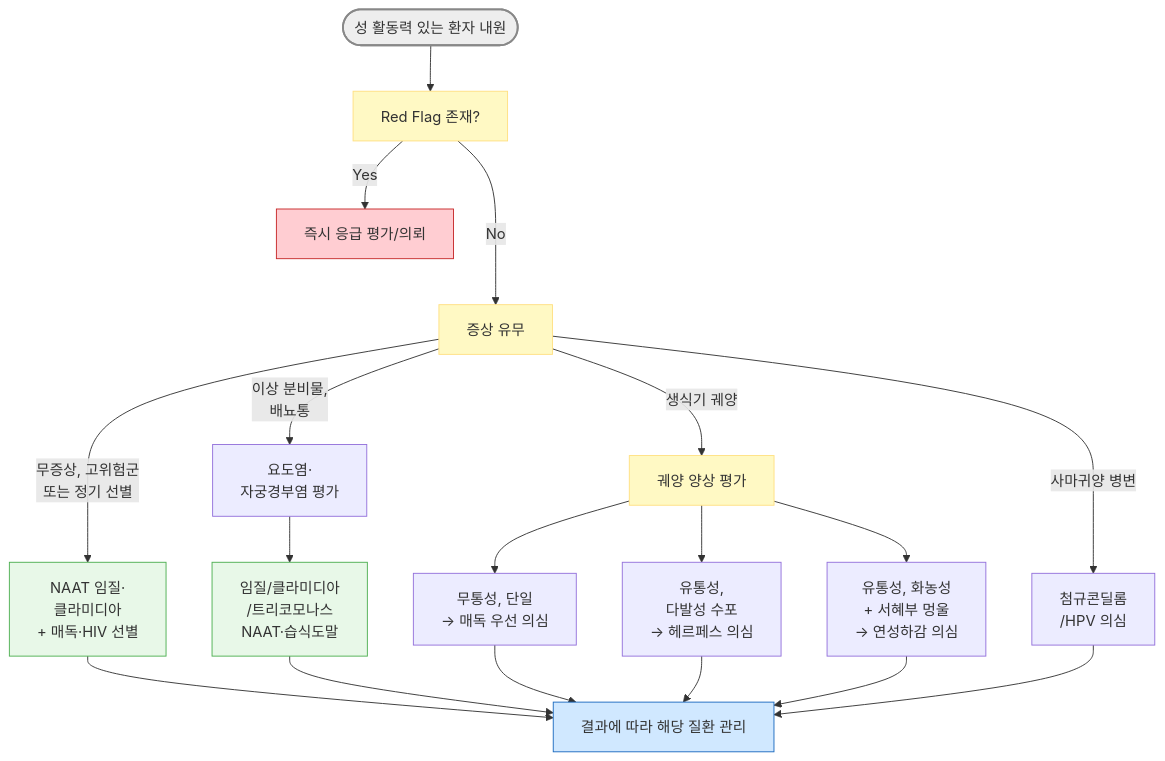
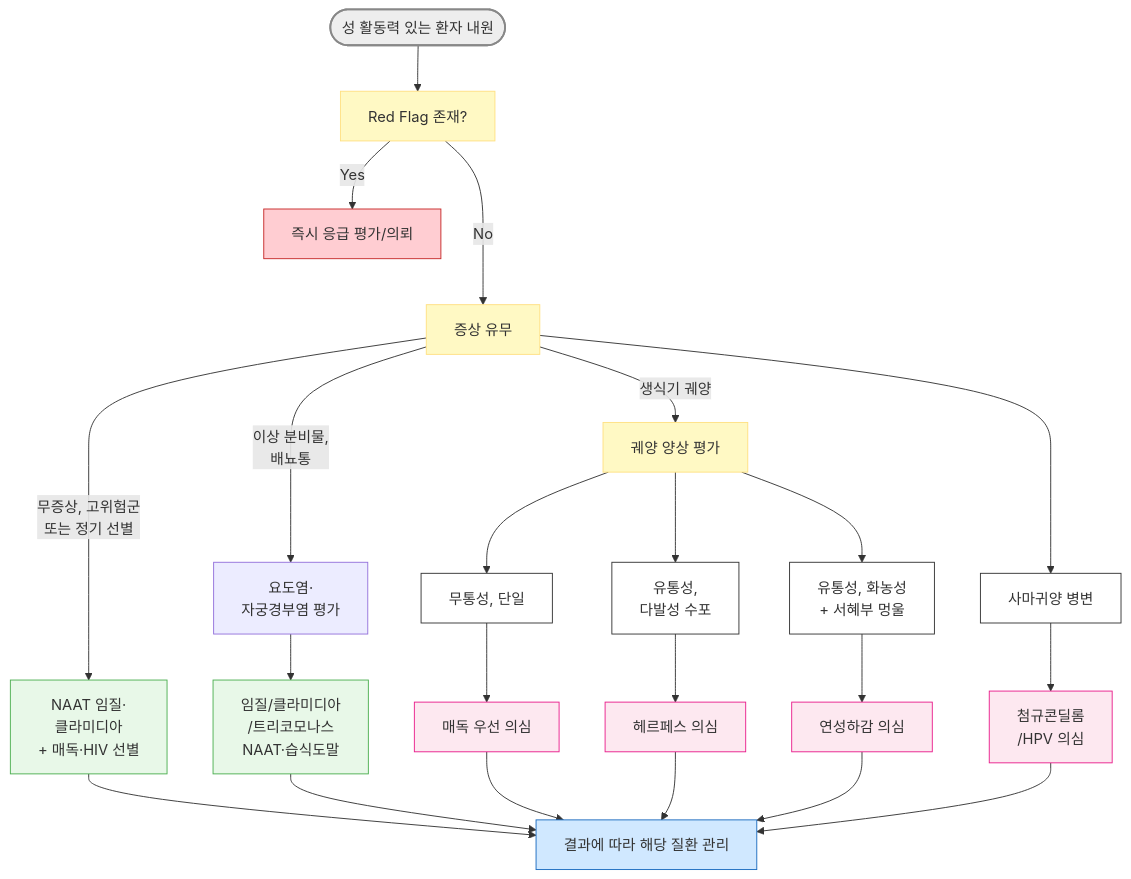
Before and after one commit to familyoh77/familyoh77: the diagram in 227_/115_-1.STI.md, drawn with Mermaid. The commit also changed other lines of this file, not shown here.

Commit message:
GITBOOK-1325: No subject

````diff
--- a/227_/115_-1.STI.md
+++ b/227_/115_-1.STI.md
@@ -100,28 +100,31 @@
 ```mermaid
 graph TD
     A([성 활동력 있는 환자 내원]) --> B[Red Flag 존재?]
     B -- Yes --> C[즉시 응급 평가/의뢰]
     B -- No ---> D[증상 유무]
     D -- 무증상, 고위험군 <br/>또는 정기 선별 --> E[NAAT 임질·<br/>클라미디아 <br/>+ 매독·HIV 선별]
     D -- 이상 분비물, <br/>배뇨통 --> F[요도염·<br/>자궁경부염 평가]
     F --> F1[임질/클라미디아<br/>/트리코모나스 <br/>NAAT·습식도말]
     D -- 생식기 궤양 --> G[궤양 양상 평가]
-    G --> G1[무통성, 단일 <br/>→ 매독 우선 의심]
-    G --> G2[유통성, <br/>다발성 수포 <br/>→ 헤르페스 의심]
-    G --> G3[유통성, 화농성 <br/>+ 서혜부 멍울 <br/>→ 연성하감 의심]
-    D -- 사마귀양 병변 --> H[첨규콘딜롬<br/>/HPV 의심]
+    G --> G11[무통성, 단일] --> G1[매독 우선 의심]
+    G --> G12[유통성, <br/>다발성 수포] --> G2[헤르페스 의심]
+    G --> G13[유통성, 화농성 <br/>+ 서혜부 멍울] --> G3[연성하감 의심]
+    D --> H0[사마귀양 병변] --> H[첨규콘딜롬<br/>/HPV 의심]
     E --> I[결과에 따라 해당 질환 관리]
     F1 --> I
     G1 --> I
     G2 --> I
     G3 --> I
     H --> I
-
 style A fill:#eeeeee,stroke:#888888,stroke-width:2px
 classDef yellow fill:#fff9c4,stroke:#ffe082
 class B,D,G yellow
 style C fill:#ffcdd2,stroke:#c62828
 classDef lightGreen fill:#e8f8e8,stroke:#4caf50
 class F1,E lightGreen
 style I fill:#d0e8ff,stroke:#1a6abf
+classDef white fill:#fff,stroke:#333
+class G11,G12,G13,H0 white
+classDef pink fill:#fde8f0,stroke:#e91e8c
+class G1,G2,G3,H pink
 ```
````
